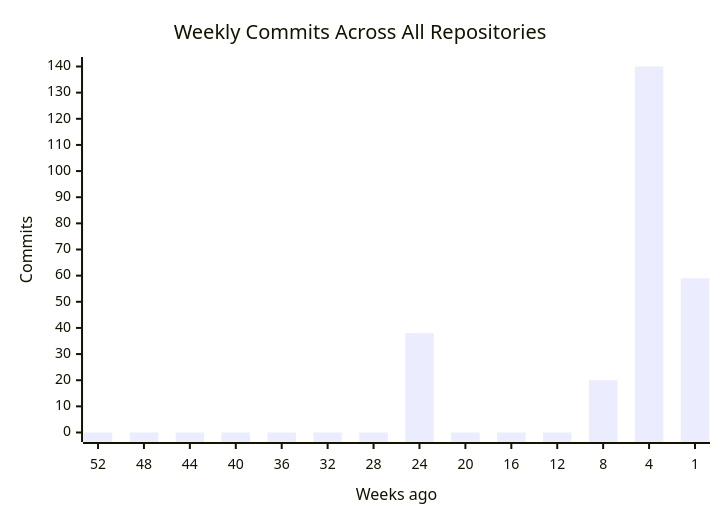
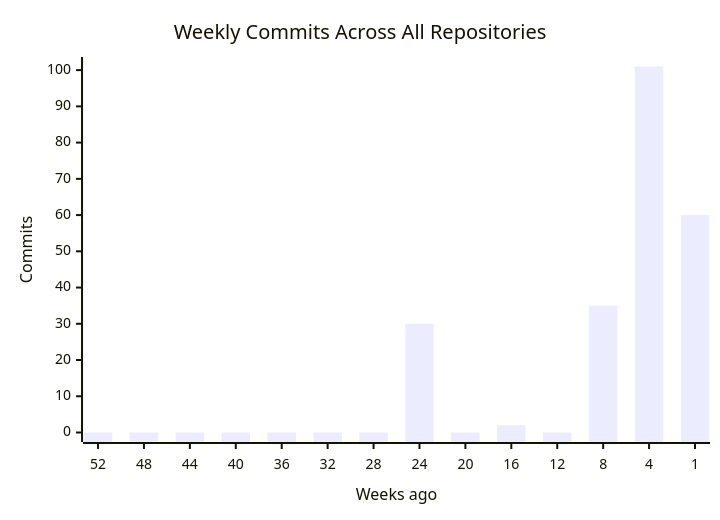
Before and after one commit to CSTH-Projects/.github: the first of 4 diagrams in profile/README.md, drawn with Mermaid. The commit also changed other lines of this file, not shown here.

````diff
--- a/profile/README.md
+++ b/profile/README.md
@@ -16,7 +16,7 @@
 ```mermaid
 xychart-beta
     title "Weekly Commits Across All Repositories"
     x-axis "Weeks ago" [52, 48, 44, 40, 36, 32, 28, 24, 20, 16, 12, 8, 4, 1]
     y-axis "Commits"
-    bar [0, 0, 0, 0, 0, 0, 0, 38, 0, 0, 0, 20, 140, 59]
+    bar [0, 0, 0, 0, 0, 0, 0, 30, 0, 2, 0, 35, 101, 60]
 ```
````
